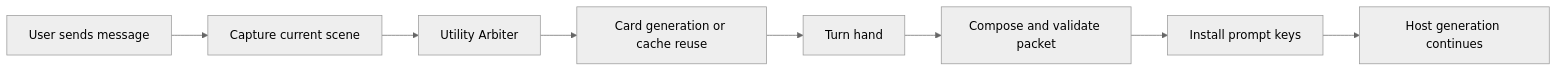
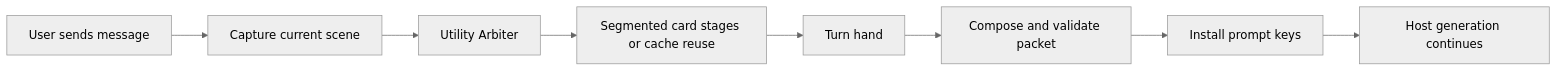
One commit to MentallyQuill/Recursion changed the first of 3 diagrams in docs/user/RECURSION_OPERATOR_MANUAL.md. Above: the diagram before and after it, drawn with Mermaid (neutral theme). The commit also changed other lines of this file and 32 other files, not shown here.

````diff
--- a/docs/user/RECURSION_OPERATOR_MANUAL.md
+++ b/docs/user/RECURSION_OPERATOR_MANUAL.md
@@ -237,10 +240,10 @@
 ```mermaid
 flowchart LR
     Send["User sends message"] --> Snapshot["Capture current scene"]
     Snapshot --> Arbiter["Utility Arbiter"]
-    Arbiter --> Cards["Card generation or cache reuse"]
+    Arbiter --> Cards["Segmented card stages or cache reuse"]
     Cards --> Hand["Turn hand"]
     Hand --> Packet["Compose and validate packet"]
     Packet --> Prompt["Install prompt keys"]
     Prompt --> Host["Host generation continues"]
 ```
````
